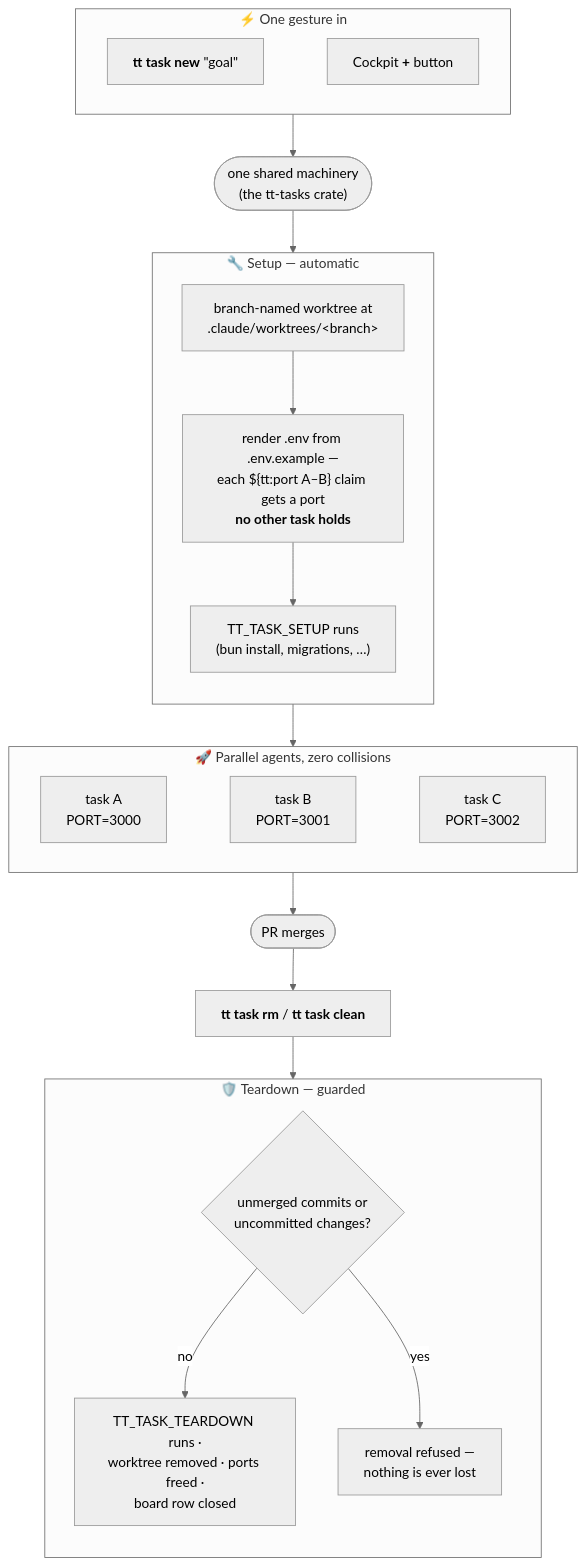
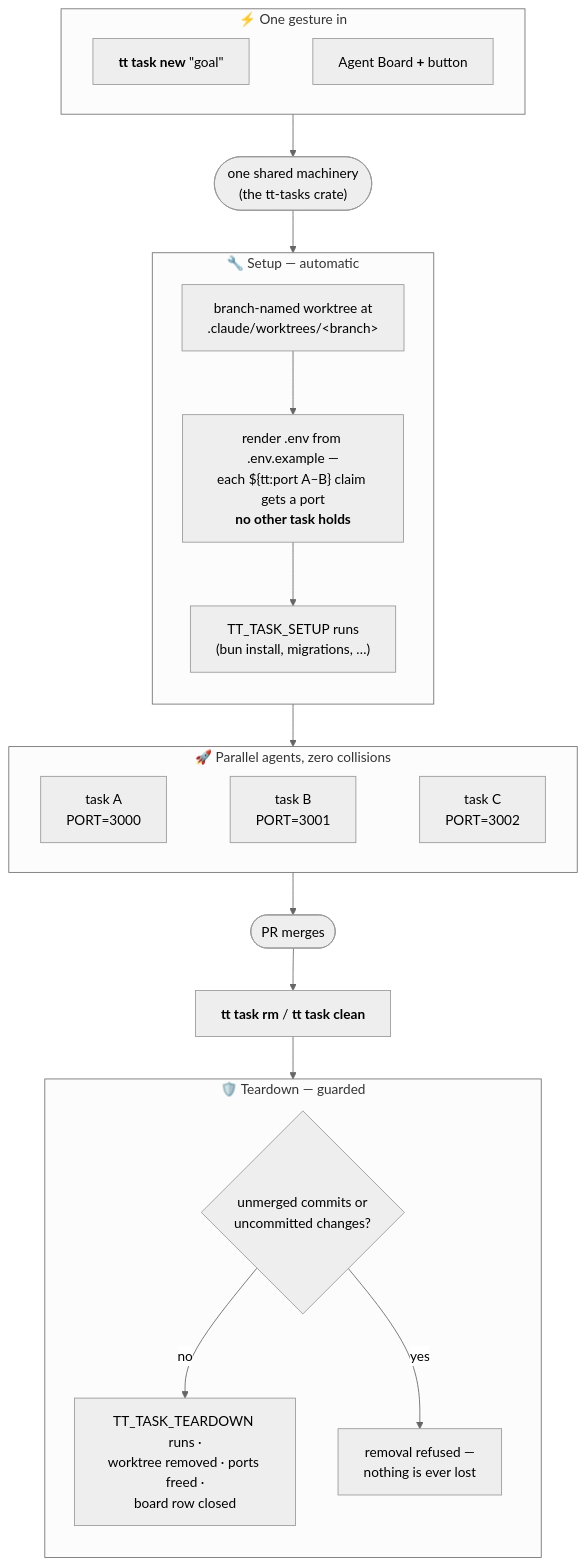
The diagram in docs/TASKS-GUIDE.md (ChrisTowles/towles-tool), drawn with Mermaid (neutral theme) before and after one commit. The commit also changed other lines of this file and 73 other files, not shown here.

````diff
--- a/docs/TASKS-GUIDE.md
+++ b/docs/TASKS-GUIDE.md
@@ -18,43 +18,43 @@
 ```mermaid
 flowchart TB
     subgraph gesture["⚡ One gesture in"]
         direction LR
         CLI["<b>tt task new</b> &quot;goal&quot;"]
-        APP["Cockpit <b>+</b> button"]
+        APP["Agent Board <b>+</b> button"]
         CLI ~~~ APP
     end
 
     gesture --> OPS(["one shared machinery<br/>(the tt-tasks crate)"])
     OPS --> setup
 
     subgraph setup["🔧 Setup — automatic"]
         direction TB
         WT["branch-named worktree at<br/>.claude/worktrees/&lt;branch&gt;"]
         ENV["render .env from .env.example —<br/>each #36;#123;tt:port A–B#125; claim gets a port<br/><b>no other task holds</b>"]
         DEP["TT_TASK_SETUP runs<br/>(bun install, migrations, …)"]
         WT --> ENV --> DEP
     end
 
     setup --> fleet
 
     subgraph fleet["🚀 Parallel agents, zero collisions"]
         direction LR
         T1["task A<br/>PORT=3000"]
         T2["task B<br/>PORT=3001"]
         T3["task C<br/>PORT=3002"]
         T1 ~~~ T2 ~~~ T3
     end
 
     fleet --> MERGE(["PR merges"])
     MERGE --> RMCMD["<b>tt task rm</b> / <b>tt task clean</b>"]
     RMCMD --> teardown
 
     subgraph teardown["🛡️ Teardown — guarded"]
         direction TB
         GUARD{"unmerged commits or<br/>uncommitted changes?"}
         SAFE["TT_TASK_TEARDOWN runs ·<br/>worktree removed · ports freed ·<br/>board row closed"]
         BLOCK["removal refused —<br/>nothing is ever lost"]
         GUARD -- "no" --> SAFE
         GUARD -- "yes" --> BLOCK
     end
 ```
````
